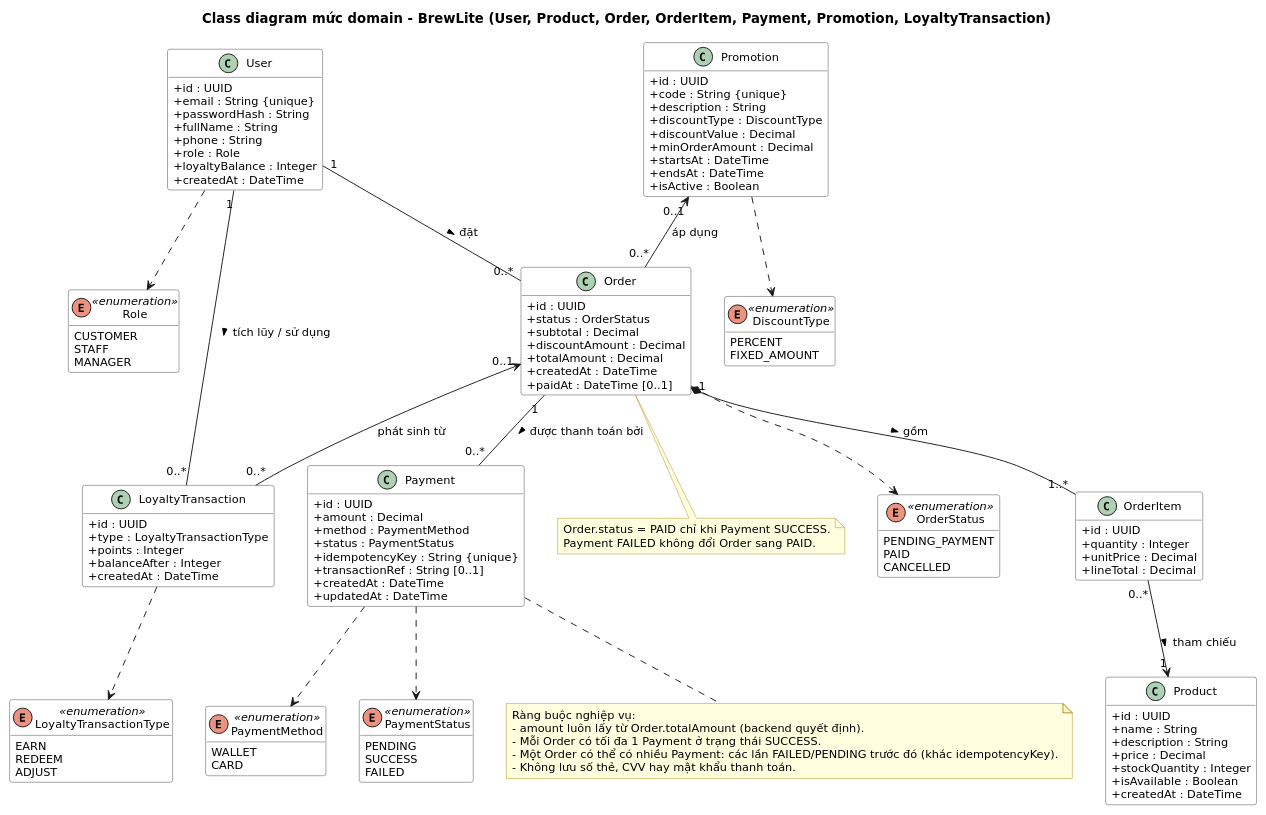
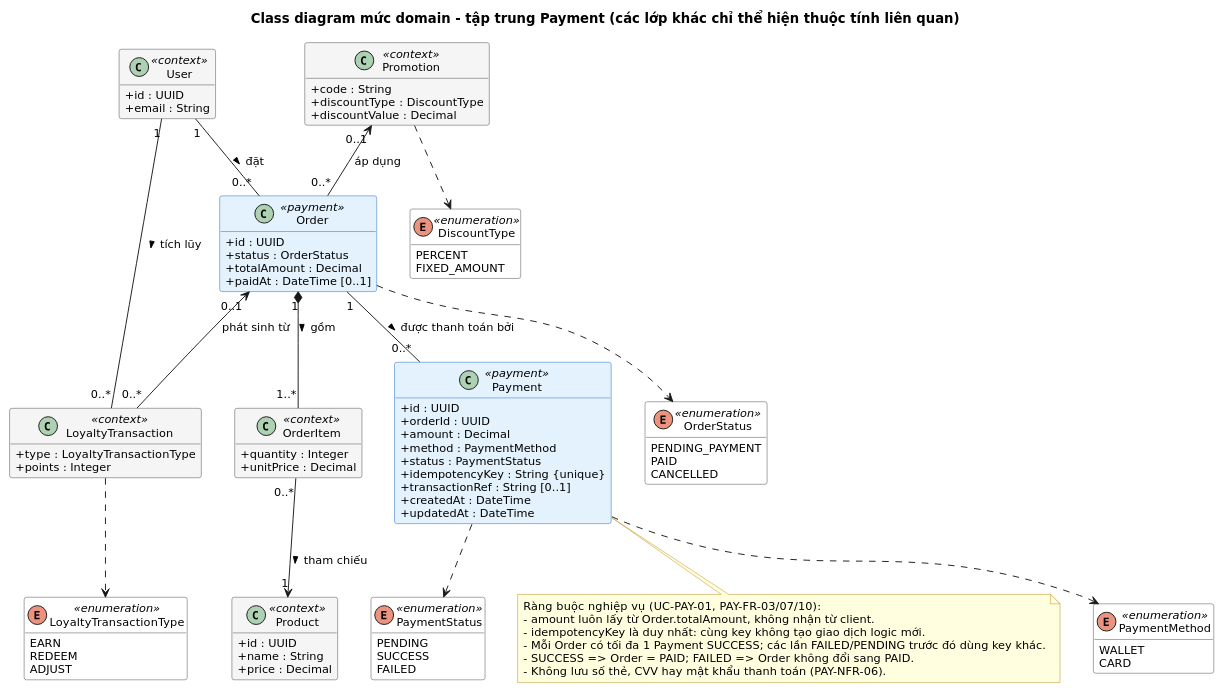
Before and after one commit to supergigachadsupreme300/brewlite2: the diagram in docs/diagrams/payment/class-domain.puml, drawn with PlantUML. The commit also changed 5 other files, not shown here.

Commit message:
docs(payment): update task 2 diagrams

```diff
--- a/docs/diagrams/payment/class-domain.puml
+++ b/docs/diagrams/payment/class-domain.puml
@@ -1,144 +1,115 @@
 @startuml class-domain
-title Class diagram mức domain – BrewLite (User, Product, Order, OrderItem, Payment, Promotion, LoyaltyTransaction)
+title Class diagram mức domain – tập trung Payment (các lớp khác chỉ thể hiện thuộc tính liên quan)
 
 skinparam defaultFontName "DejaVu Sans"
 skinparam defaultFontSize 12
 skinparam shadowing false
 skinparam classAttributeIconSize 0
 skinparam ClassBackgroundColor #FFFFFF
 skinparam ClassBorderColor #444444
+skinparam class {
+  BackgroundColor<<payment>> #E3F2FD
+  BorderColor<<payment>> #1565C0
+  BackgroundColor<<context>> #F5F5F5
+}
 skinparam NoteBackgroundColor #FFFFE0
 skinparam NoteBorderColor #B8860B
 hide empty methods
-
-enum Role <<enumeration>> {
-  CUSTOMER
-  STAFF
-  MANAGER
-}
-
-enum OrderStatus <<enumeration>> {
-  PENDING_PAYMENT
-  PAID
-  CANCELLED
-}
 
 enum PaymentMethod <<enumeration>> {
   WALLET
   CARD
 }
 
 enum PaymentStatus <<enumeration>> {
   PENDING
   SUCCESS
   FAILED
+}
+
+enum OrderStatus <<enumeration>> {
+  PENDING_PAYMENT
+  PAID
+  CANCELLED
 }
 
 enum DiscountType <<enumeration>> {
   PERCENT
   FIXED_AMOUNT
 }
 
 enum LoyaltyTransactionType <<enumeration>> {
   EARN
   REDEEM
   ADJUST
 }
 
-class User {
+class Payment <<payment>> {
   +id : UUID
-  +email : String {unique}
-  +passwordHash : String
-  +fullName : String
-  +phone : String
-  +role : Role
-  +loyaltyBalance : Integer
-  +createdAt : DateTime
-}
-
-class Product {
-  +id : UUID
-  +name : String
-  +description : String
-  +price : Decimal
-  +stockQuantity : Integer
-  +isAvailable : Boolean
-  +createdAt : DateTime
-}
-
-class Order {
-  +id : UUID
-  +status : OrderStatus
-  +subtotal : Decimal
-  +discountAmount : Decimal
-  +totalAmount : Decimal
-  +createdAt : DateTime
-  +paidAt : DateTime [0..1]
-}
-
-class OrderItem {
-  +id : UUID
-  +quantity : Integer
-  +unitPrice : Decimal
-  +lineTotal : Decimal
-}
-
-class Payment {
-  +id : UUID
+  +orderId : UUID
   +amount : Decimal
   +method : PaymentMethod
   +status : PaymentStatus
   +idempotencyKey : String {unique}
   +transactionRef : String [0..1]
   +createdAt : DateTime
   +updatedAt : DateTime
 }
 
-class Promotion {
+class Order <<payment>> {
   +id : UUID
-  +code : String {unique}
-  +description : String
+  +status : OrderStatus
+  +totalAmount : Decimal
+  +paidAt : DateTime [0..1]
+}
+
+class User <<context>> {
+  +id : UUID
+  +email : String
+}
+
+class OrderItem <<context>> {
+  +quantity : Integer
+  +unitPrice : Decimal
+}
+
+class Product <<context>> {
+  +id : UUID
+  +name : String
+  +price : Decimal
+}
+
+class Promotion <<context>> {
+  +code : String
   +discountType : DiscountType
   +discountValue : Decimal
-  +minOrderAmount : Decimal
-  +startsAt : DateTime
-  +endsAt : DateTime
-  +isActive : Boolean
 }
 
-class LoyaltyTransaction {
-  +id : UUID
+class LoyaltyTransaction <<context>> {
   +type : LoyaltyTransactionType
   +points : Integer
-  +balanceAfter : Integer
-  +createdAt : DateTime
 }
 
+Order "1" -- "0..*" Payment : được thanh toán bởi >
 User "1" -- "0..*" Order : đặt >
 Order "1" *-- "1..*" OrderItem : gồm >
 OrderItem "0..*" --> "1" Product : tham chiếu >
-Order "1" -- "0..*" Payment : được thanh toán bởi >
 Promotion "0..1" <-- "0..*" Order : áp dụng
-User "1" -- "0..*" LoyaltyTransaction : tích lũy / sử dụng >
+User "1" -- "0..*" LoyaltyTransaction : tích lũy >
 Order "0..1" <-- "0..*" LoyaltyTransaction : phát sinh từ
 
-User ..> Role
-Order ..> OrderStatus
 Payment ..> PaymentMethod
 Payment ..> PaymentStatus
+Order ..> OrderStatus
 Promotion ..> DiscountType
 LoyaltyTransaction ..> LoyaltyTransactionType
 
 note bottom of Payment
-  Ràng buộc nghiệp vụ:
-  - amount luôn lấy từ Order.totalAmount (backend quyết định).
-  - Mỗi Order có tối đa 1 Payment ở trạng thái SUCCESS.
-  - Một Order có thể có nhiều Payment: các lần FAILED/PENDING trước đó (khác idempotencyKey).
-  - Không lưu số thẻ, CVV hay mật khẩu thanh toán.
-end note
-
-note bottom of Order
-  Order.status = PAID chỉ khi Payment SUCCESS.
-  Payment FAILED không đổi Order sang PAID.
+  Ràng buộc nghiệp vụ (UC-PAY-01, PAY-FR-03/07/10):
+  - amount luôn lấy từ Order.totalAmount, không nhận từ client.
+  - idempotencyKey là duy nhất: cùng key không tạo giao dịch logic mới.
+  - Mỗi Order có tối đa 1 Payment SUCCESS; các lần FAILED/PENDING trước đó dùng key khác.
+  - SUCCESS => Order = PAID; FAILED => Order không đổi sang PAID.
+  - Không lưu số thẻ, CVV hay mật khẩu thanh toán (PAY-NFR-06).
 end note
 @enduml
```
